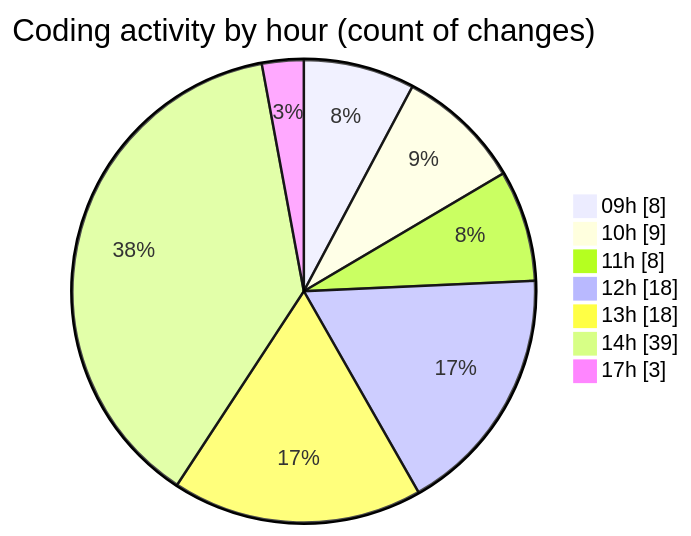
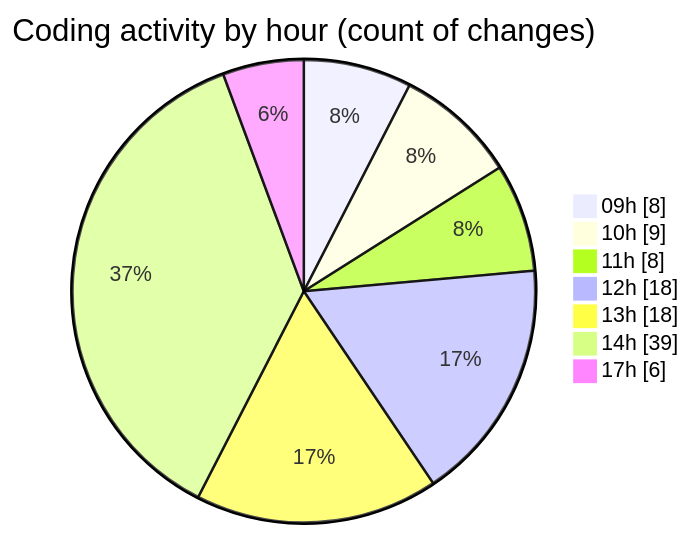
One commit to momahboobian/code-tracking changed the second of 2 diagrams in 2025-02-25/cda/README.md. Above: the diagram before and after it, drawn with Mermaid. The commit also changed other lines of this file and 1 other file, not shown here.

````diff
--- a/2025-02-25/cda/README.md
+++ b/2025-02-25/cda/README.md
@@ -47,11 +47,11 @@
 ```mermaid
 pie showData
 title Coding activity by hour (count of changes)
 "09h" : 8
 "10h" : 9
 "11h" : 8
 "12h" : 18
 "13h" : 18
 "14h" : 39
-"17h" : 3
+"17h" : 6
 ```
````
